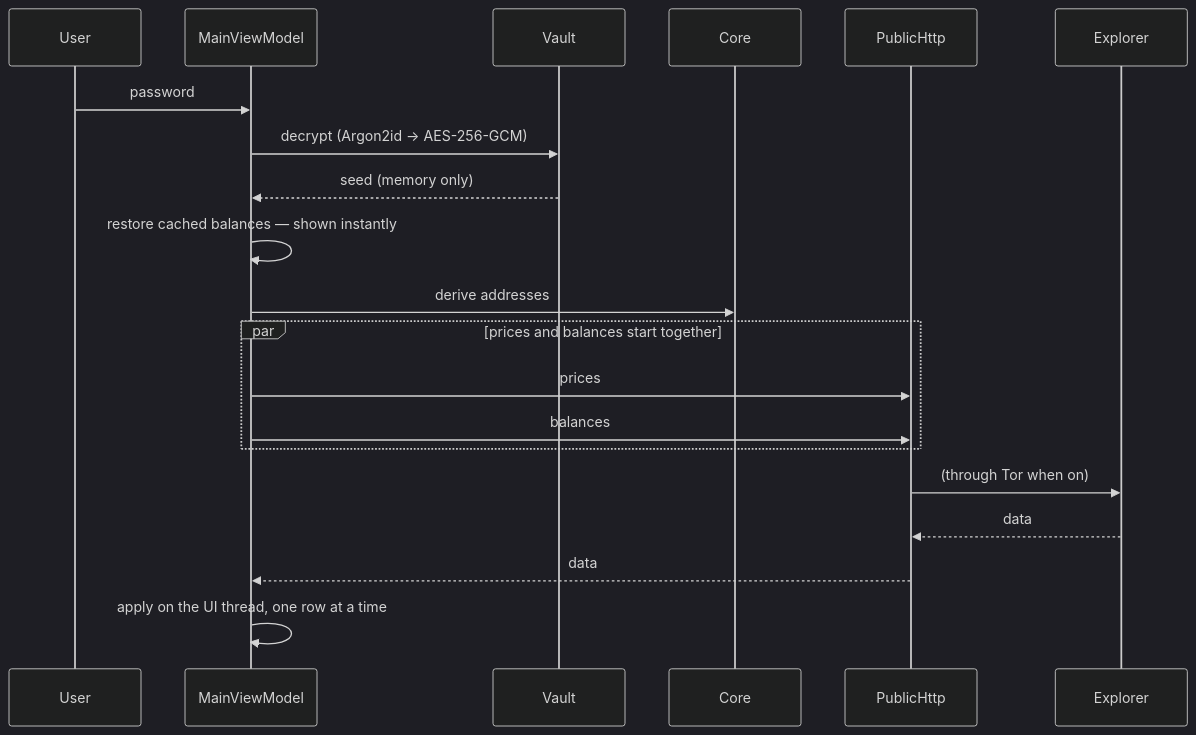
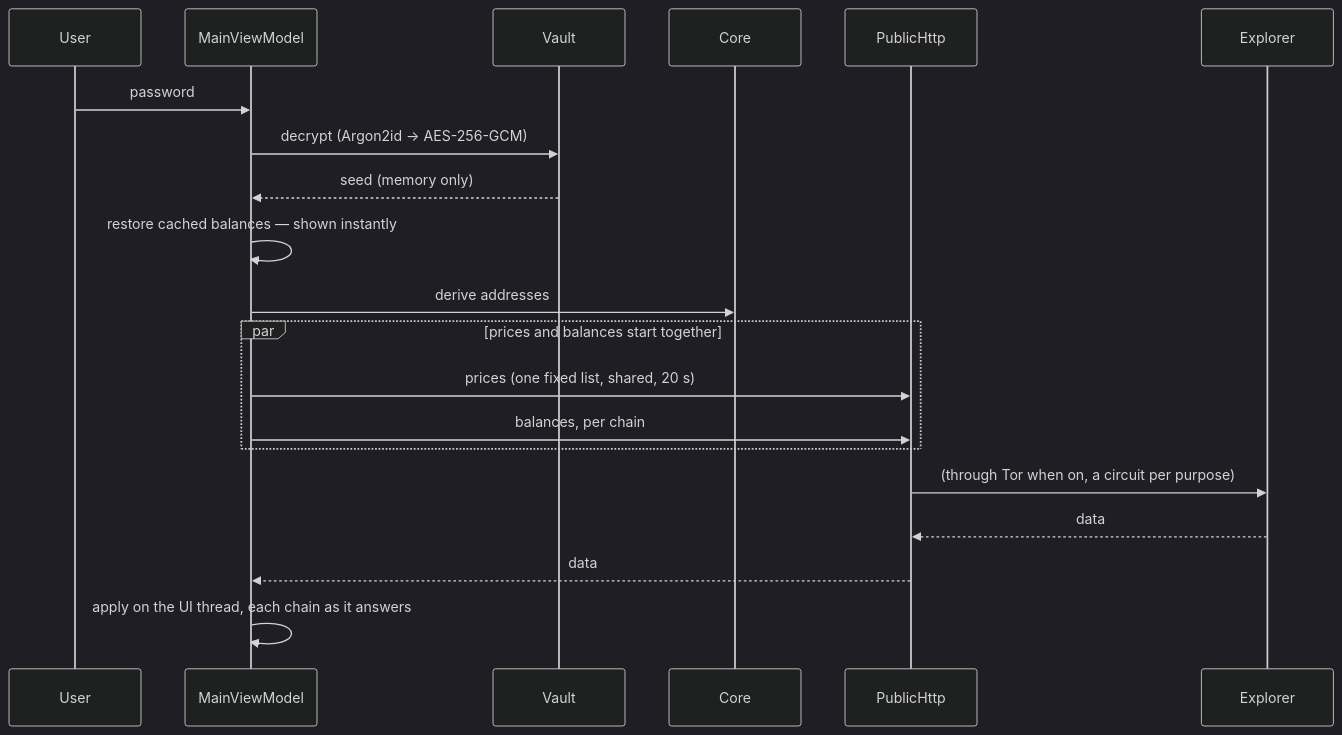
The second of 2 diagrams in docs/architecture.md (thefear078/Phobia-Wallet), drawn with Mermaid (dark theme) before and after one commit. The commit also changed other lines of this file and 60 other files, not shown here.

````diff
--- a/docs/architecture.md
+++ b/docs/architecture.md
@@ -110,23 +123,23 @@
 ```mermaid
 sequenceDiagram
     participant U as User
     participant VM as MainViewModel
     participant V as Vault
     participant C as Core
     participant H as PublicHttp
     participant E as Explorer
 
     U->>VM: password
     VM->>V: decrypt (Argon2id → AES-256-GCM)
     V-->>VM: seed (memory only)
     VM->>VM: restore cached balances — shown instantly
     VM->>C: derive addresses
     par prices and balances start together
-        VM->>H: prices
-        VM->>H: balances
+        VM->>H: prices (one fixed list, shared, 20 s)
+        VM->>H: balances, per chain
     end
-    H->>E: (through Tor when on)
+    H->>E: (through Tor when on, a circuit per purpose)
     E-->>H: data
     H-->>VM: data
-    VM->>VM: apply on the UI thread, one row at a time
+    VM->>VM: apply on the UI thread, each chain as it answers
 ```
````
